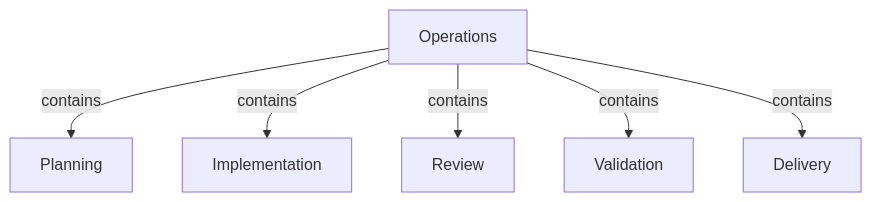
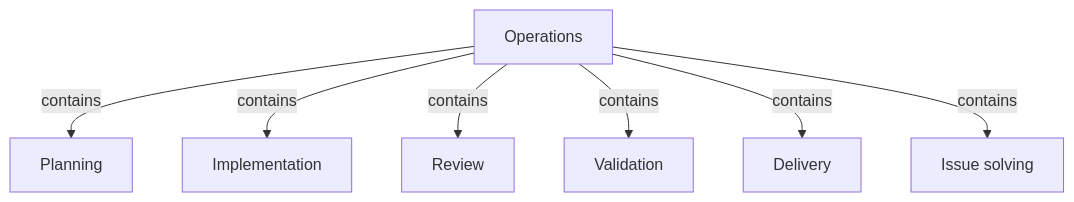
Before and after one commit to FTOD/concorde: the second of 3 diagrams in specs/concorde/operations/module.md, drawn with Mermaid. The commit also changed other lines of this file and 213 other files, not shown here.

First line of the commit message:
Rewrite Concorde's Specs for the layered architecture

````diff
--- a/specs/concorde/operations/module.md
+++ b/specs/concorde/operations/module.md
@@ -177,16 +216,18 @@
 ```mermaid
 flowchart TB
-    accTitle: Operations and its providers
-    accDescr: Operations contains the five provider Modules that own the behaviour of most capabilities.
+    accTitle: Operations and its children
+    accDescr: Operations contains the six Modules whose sole responsibility is providing Operations.
     ops[Operations]
     planning[Planning]
     implementation[Implementation]
     review[Review]
     validation[Validation]
     delivery[Delivery]
+    solving[Issue solving]
     ops -->|contains| planning
     ops -->|contains| implementation
     ops -->|contains| review
     ops -->|contains| validation
     ops -->|contains| delivery
+    ops -->|contains| solving
 ```
````
